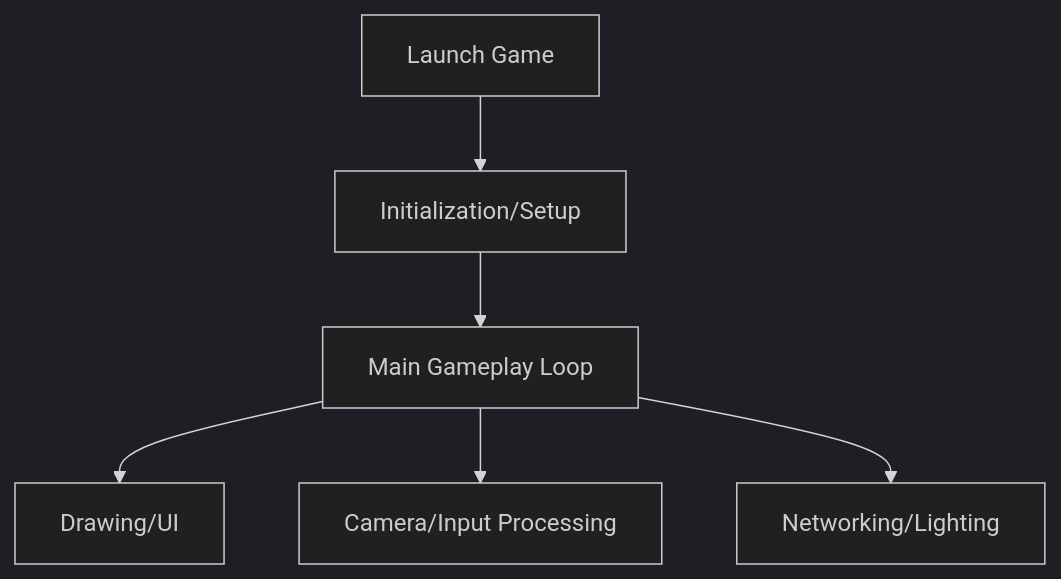
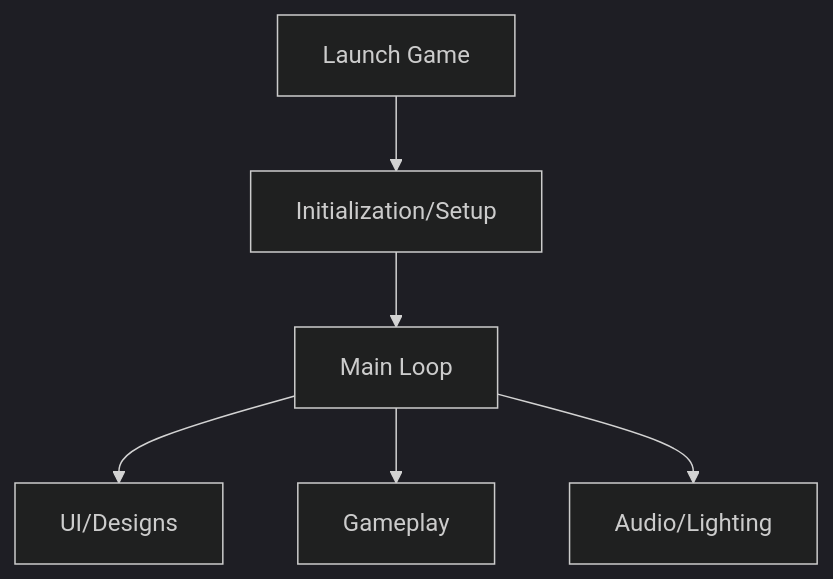
One commit to Certified-Turtle/EGL314_TeamE changed the diagram in README.md. Above: the diagram before and after it, drawn with Mermaid (dark theme). The commit also changed 1 other file, not shown here.

Commit message:
Edits to oscserverREADME and README

````diff
--- a/README.md
+++ b/README.md
@@ -68,8 +68,8 @@
 ```mermaid
 graph TD
     A[Launch Game] --> B[Initialization/Setup]
-    B --> C[Main Gameplay Loop]
-    C --> D[Drawing/UI]
-    C --> E[Camera/Input Processing]
-    C --> F[Networking/Lighting]
+    B --> C[Main Loop]
+    C --> D[UI/Designs]
+    C --> E[Gameplay]
+    C --> F[Audio/Lighting]
 ```
````
